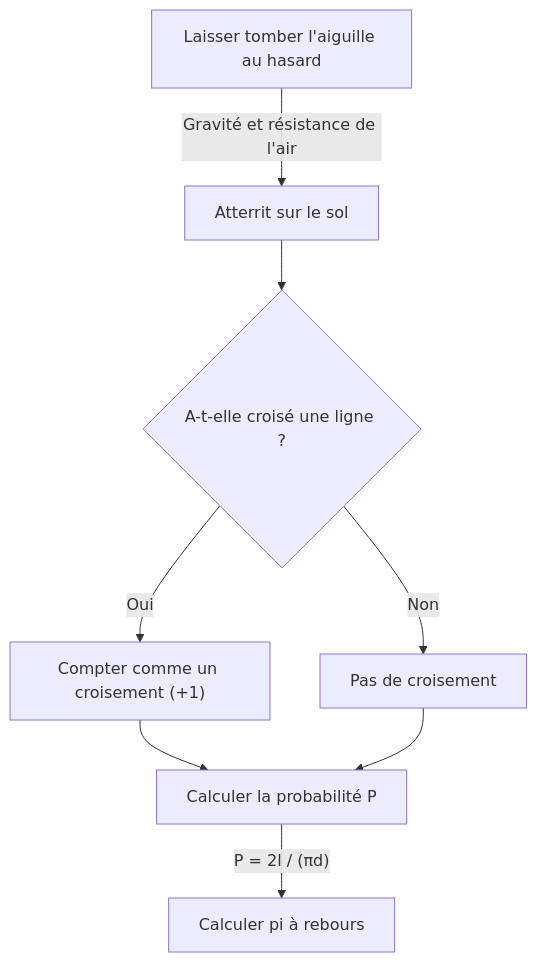
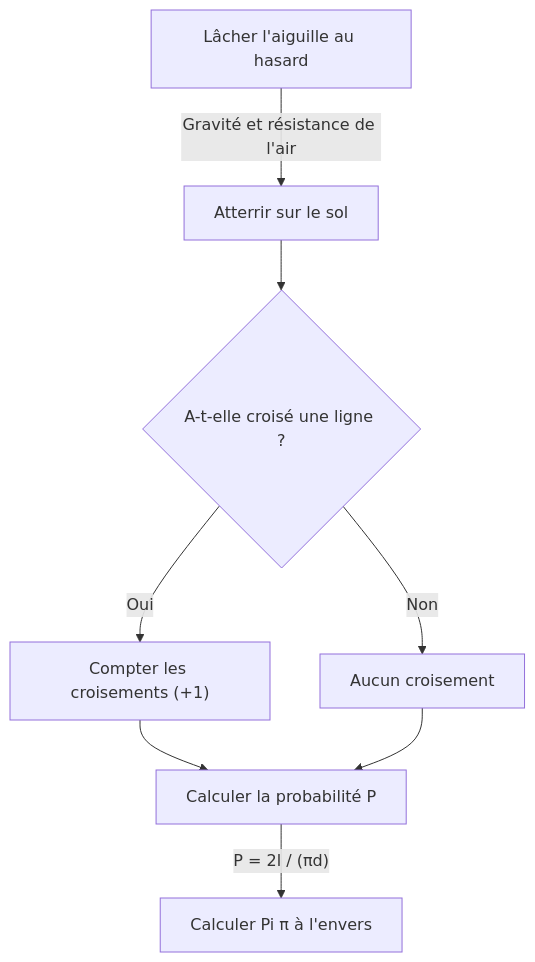
The diagram in content/post/buffons-needle/index.fr.md (kenjinote/blog), drawn with Mermaid before and after one commit. The commit also changed other lines of this file and 97 other files, not shown here.

````diff
--- a/content/post/buffons-needle/index.fr.md
+++ b/content/post/buffons-needle/index.fr.md
@@ -36,10 +36,10 @@
 ```mermaid
 graph TD
-    A["Laisser tomber l'aiguille au hasard"] -->|"Gravité et résistance de l'air"| B["Atterrit sur le sol"]
+    A["Lâcher l'aiguille au hasard"] -->|"Gravité et résistance de l'air"| B["Atterrir sur le sol"]
     B --> C{"A-t-elle croisé une ligne ?"}
-    C -->|"Oui"| D["Compter comme un croisement (+1)"]
-    C -->|"Non"| E["Pas de croisement"]
+    C -->|"Oui"| D["Compter les croisements (+1)"]
+    C -->|"Non"| E["Aucun croisement"]
     D --> F["Calculer la probabilité P"]
     E --> F
-    F -->|"P = 2l / (πd)"| G["Calculer pi à rebours"]
+    F -->|"P = 2l / (πd)"| G["Calculer Pi π à l'envers"]
 ```
````
